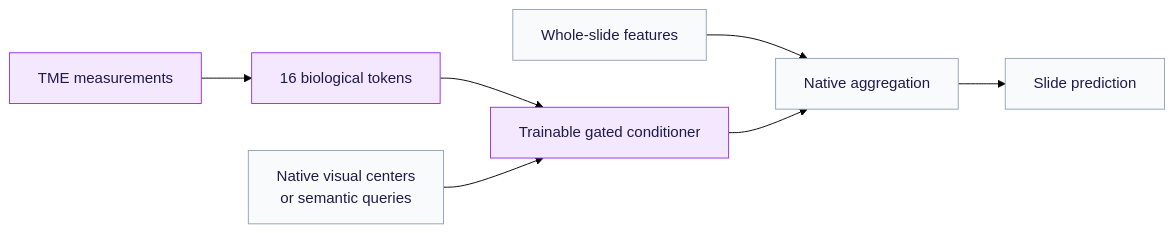
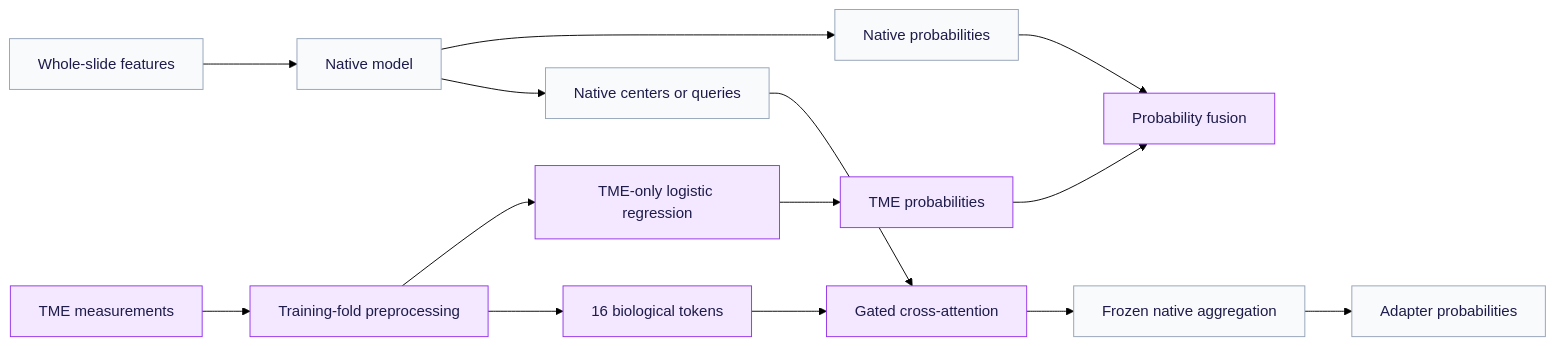
The diagram in TME-Context/README.md (researchsubmissions66/PathoTME), drawn with Mermaid (forest theme) before and after one commit. The commit also changed other lines of this file, not shown here.

Commit message:
Document full TME-Context method comparison

````diff
--- a/TME-Context/README.md
+++ b/TME-Context/README.md
@@ -53,13 +61,20 @@
 ```mermaid
 flowchart LR
-    W["Whole-slide features"] --> A["Native aggregation"]
-    T["TME measurements"] --> B["16 biological tokens"]
-    B --> C["Trainable gated conditioner"]
-    Q["Native visual centers<br/>or semantic queries"] --> C
-    C --> A
-    A --> P["Slide prediction"]
+    W["Whole-slide features"] --> N["Native model"]
+    N --> PN["Native probabilities"]
+    T["TME measurements"] --> P["Training-fold preprocessing"]
+    P --> L["TME-only logistic regression"]
+    L --> PL["TME probabilities"]
+    PN --> F["Probability fusion"]
+    PL --> F
+    P --> B["16 biological tokens"]
+    B --> C["Gated cross-attention"]
+    N --> Q["Native centers or queries"]
+    Q --> C
+    C --> A["Frozen native aggregation"]
+    A --> PA["Adapter probabilities"]
     classDef biological fill:#f3e8ff,stroke:#9333ea,color:#1e1b4b
     classDef frozen fill:#f8fafc,stroke:#94a3b8,color:#1e1b4b
-    class T,B,C biological
-    class W,Q,A,P frozen
+    class T,P,L,PL,B,C,F biological
+    class W,N,PN,Q,A,PA frozen
 ```
````
